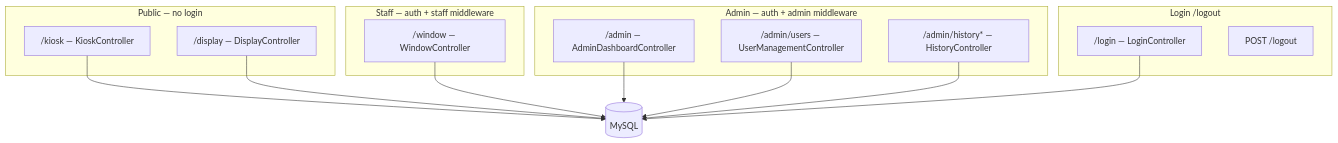
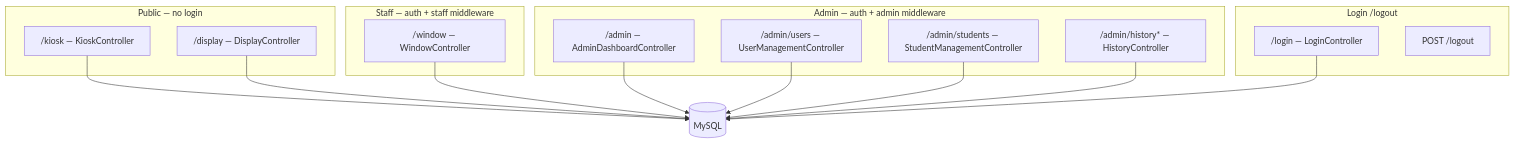
One commit to rhems95/queuing-system changed the second of 12 diagrams in docs/system-flowchart.md. Above: the diagram before and after it, drawn with Mermaid. The commit also changed other lines of this file and 9 other files, not shown here.

First line of the commit message:
Document Student ID, Hold, and admin students in the diagrams.

````diff
--- a/docs/system-flowchart.md
+++ b/docs/system-flowchart.md
@@ -55,27 +55,29 @@
 ```mermaid
 flowchart TB
     subgraph Public["Public — no login"]
         K["/kiosk — KioskController"]
         D["/display — DisplayController"]
     end
     subgraph AuthLogin["Login /logout"]
         LG["/login — LoginController"]
         LO["POST /logout"]
     end
     subgraph Staff["Staff — auth + staff middleware"]
         SW["/window — WindowController"]
     end
     subgraph Admin["Admin — auth + admin middleware"]
         AD["/admin — AdminDashboardController"]
         UM["/admin/users — UserManagementController"]
+        STU["/admin/students — StudentManagementController"]
         HI["/admin/history* — HistoryController"]
     end
     DB[(MySQL)]
     K --> DB
     D --> DB
     SW --> DB
     AD --> DB
     UM --> DB
+    STU --> DB
     HI --> DB
     LG --> DB
 ```
````
